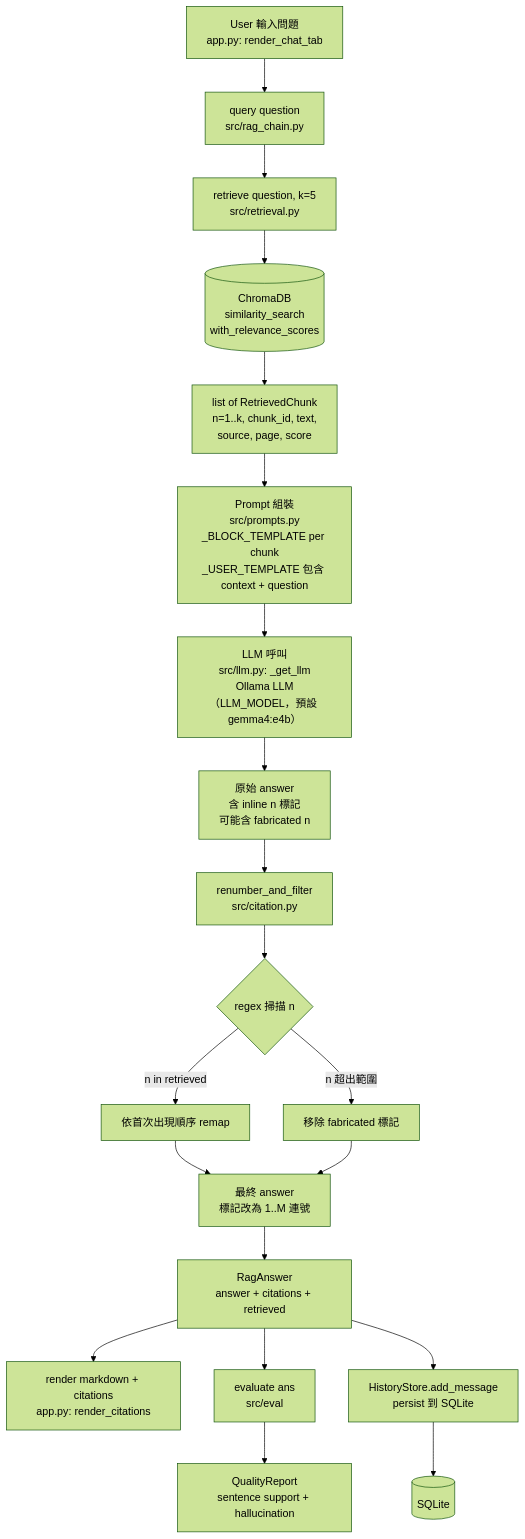
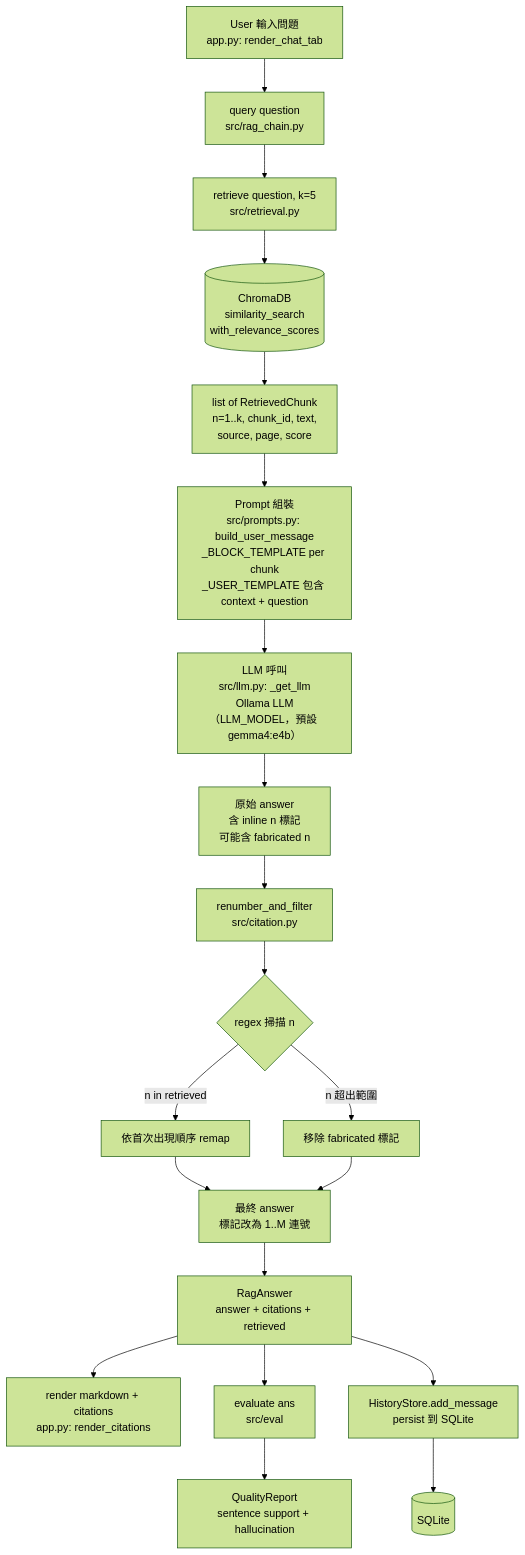
Before and after one commit to xian-ai-1057/tag_rag: the fourth of 5 diagrams in README.md, drawn with Mermaid (forest theme). The commit also changed other lines of this file and 19 other files, not shown here.

````diff
--- a/README.md
+++ b/README.md
@@ -186,27 +186,27 @@
 ```mermaid
 flowchart TD
     Q[User 輸入問題<br/>app.py: render_chat_tab] --> R[query question<br/>src/rag_chain.py]
 
     R --> S[retrieve question, k=5<br/>src/retrieval.py]
     S --> S1[(ChromaDB<br/>similarity_search<br/>with_relevance_scores)]
     S1 --> S2[list of RetrievedChunk<br/>n=1..k, chunk_id, text,<br/>source, page, score]
 
-    S2 --> T[Prompt 組裝<br/>src/prompts.py<br/>_BLOCK_TEMPLATE per chunk<br/>_USER_TEMPLATE 包含 context + question]
+    S2 --> T[Prompt 組裝<br/>src/prompts.py: build_user_message<br/>_BLOCK_TEMPLATE per chunk<br/>_USER_TEMPLATE 包含 context + question]
     T --> U[LLM 呼叫<br/>src/llm.py: _get_llm<br/>Ollama LLM（LLM_MODEL，預設 gemma4:e4b）]
     U --> V[原始 answer<br/>含 inline n 標記<br/>可能含 fabricated n]
 
     V --> W[renumber_and_filter<br/>src/citation.py]
     W --> W1{regex 掃描 n}
     W1 -->|n in retrieved| W2[依首次出現順序 remap]
     W1 -->|n 超出範圍| W3[移除 fabricated 標記]
     W2 & W3 --> X[最終 answer<br/>標記改為 1..M 連號]
 
     X --> Y[RagAnswer<br/>answer + citations + retrieved]
 
     Y --> Z1[render markdown + citations<br/>app.py: render_citations]
     Y --> Z2[evaluate ans<br/>src/eval]
     Y --> Z3[HistoryStore.add_message<br/>persist 到 SQLite]
 
     Z2 --> Z2a[QualityReport<br/>sentence support + hallucination]
     Z3 --> Z3a[(SQLite)]
 ```
````
